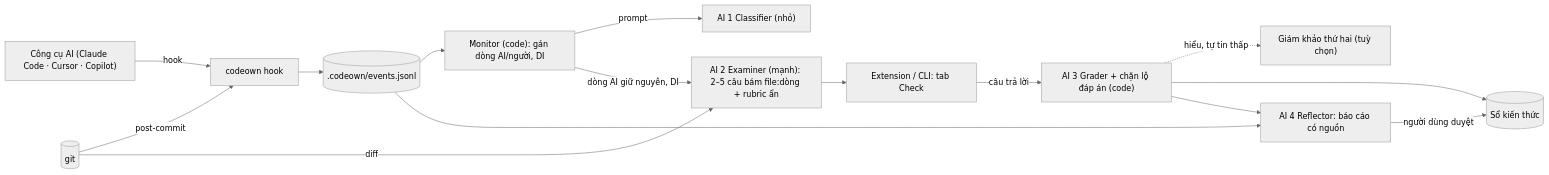
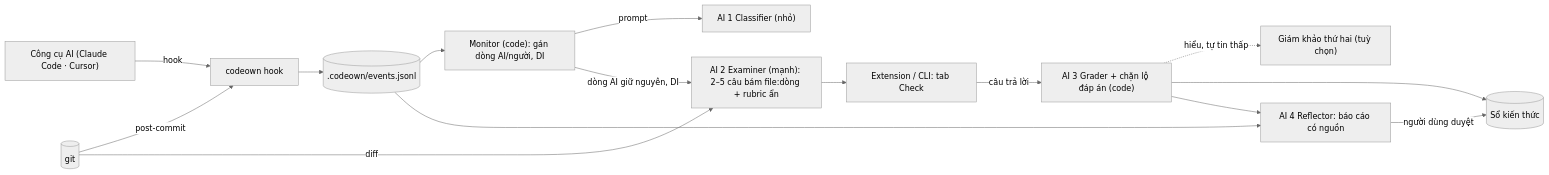
Before and after one commit to missher03/K5-Day15-L3B-Ricin: the diagram in spec.md, drawn with Mermaid (neutral theme). The commit also changed other lines of this file and 14 other files, not shown here.

````diff
--- a/spec.md
+++ b/spec.md
@@ -43,17 +43,17 @@
 ```mermaid
 flowchart LR
-  TOOLS["Công cụ AI (Claude Code · Cursor · Copilot)"] -- hook --> HOOK["codeown hook"]
+  TOOLS["Công cụ AI (Claude Code · Cursor)"] -- hook --> HOOK["codeown hook"]
   GIT[(git)] -- post-commit --> HOOK
   HOOK --> EV[(.codeown/events.jsonl)]
   EV --> MON["Monitor (code): gán dòng AI/người, DI"]
   MON -- prompt --> CLS["AI 1 Classifier (nhỏ)"]
   GIT -- diff --> EXA["AI 2 Examiner (mạnh): 2–5 câu bám file:dòng + rubric ẩn"]
   MON -- "dòng AI giữ nguyên, DI" --> EXA
   EXA --> UI["Extension / CLI: tab Check"]
   UI -- "câu trả lời" --> GRD["AI 3 Grader + chặn lộ đáp án (code)"]
   GRD -. "hiểu, tự tin thấp" .-> J2["Giám khảo thứ hai (tuỳ chọn)"]
   GRD --> LED[(Sổ kiến thức)]
   GRD --> REF["AI 4 Reflector: báo cáo có nguồn"]
   EV --> REF
   REF -- "người dùng duyệt" --> LED
 ```
````
